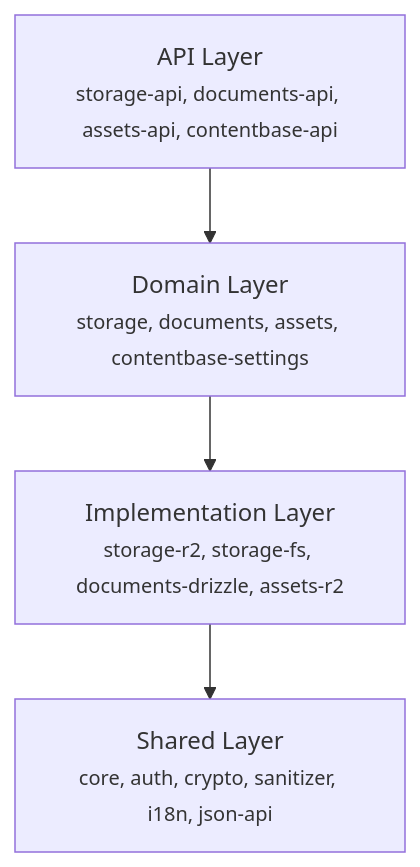
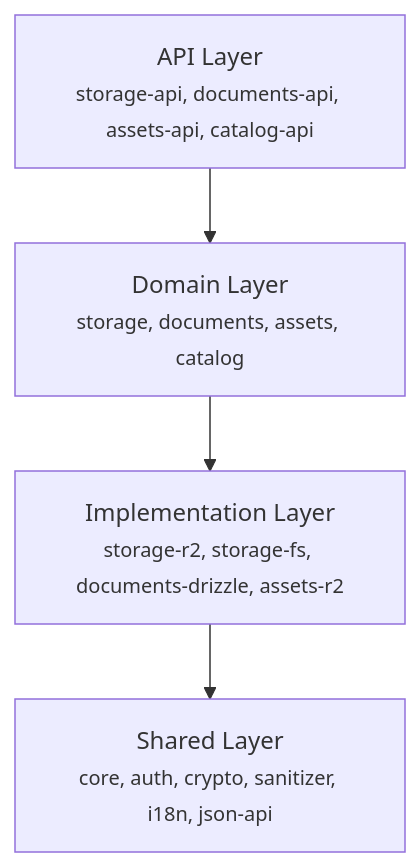
One commit to laikacms/laikacms changed the diagram in docs/index.md. Above: the diagram before and after it, drawn with Mermaid. The commit also changed 183 other files, not shown here.

````diff
--- a/docs/index.md
+++ b/docs/index.md
@@ -62,9 +62,9 @@
 ```mermaid
 flowchart TD
-  api["API Layer<br/><small>storage-api, documents-api, assets-api, contentbase-api</small>"]
-  domain["Domain Layer<br/><small>storage, documents, assets, contentbase-settings</small>"]
+  api["API Layer<br/><small>storage-api, documents-api, assets-api, catalog-api</small>"]
+  domain["Domain Layer<br/><small>storage, documents, assets, catalog</small>"]
   implementation["Implementation Layer<br/><small>storage-r2, storage-fs, documents-drizzle, assets-r2</small>"]
   shared["Shared Layer<br/><small>core, auth, crypto, sanitizer, i18n, json-api</small>"]
 
   api --> domain --> implementation --> shared
 ```
````
